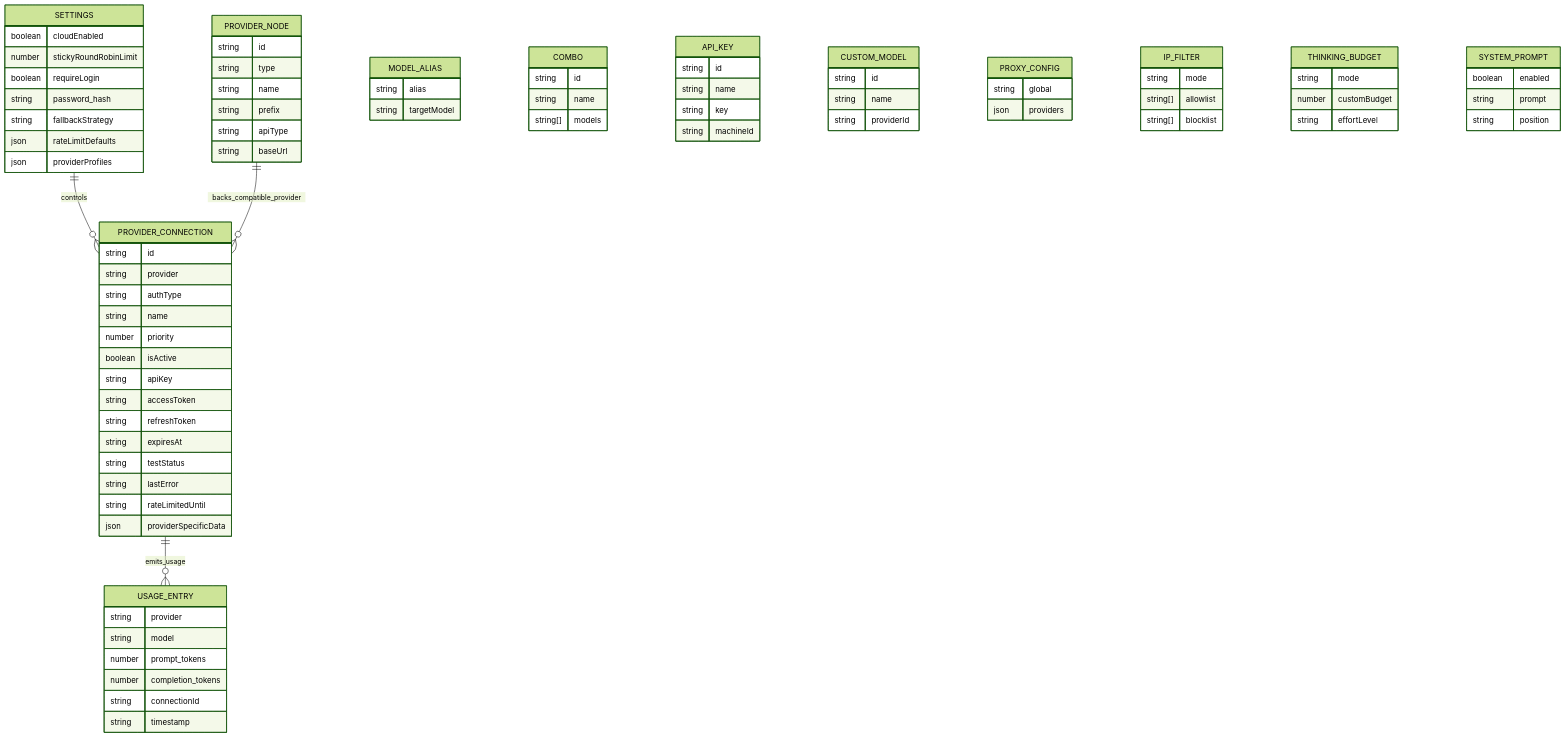
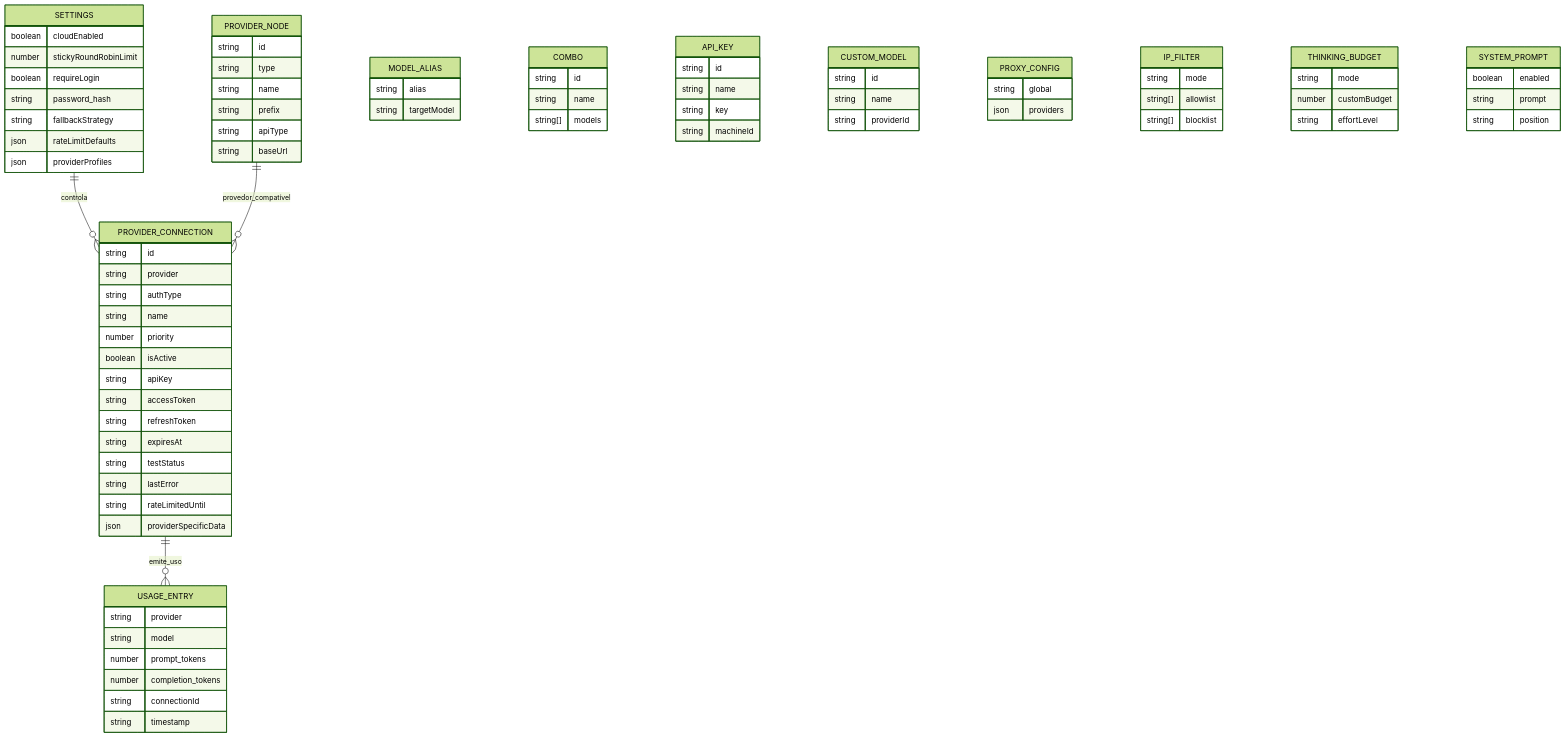
One commit to niyatna/NiyatnaRoute changed the sixth of 7 diagrams in docs/i18n/pt-BR/docs/architecture/ARCHITECTURE.md. Above: the diagram before and after it, drawn with Mermaid (forest theme). The commit also changed other lines of this file and 2447 other files, not shown here.

````diff
--- a/docs/i18n/pt-BR/docs/architecture/ARCHITECTURE.md
+++ b/docs/i18n/pt-BR/docs/architecture/ARCHITECTURE.md
@@ -705,8 +680,8 @@
 ```mermaid
 erDiagram
-    SETTINGS ||--o{ PROVIDER_CONNECTION : controls
-    PROVIDER_NODE ||--o{ PROVIDER_CONNECTION : backs_compatible_provider
-    PROVIDER_CONNECTION ||--o{ USAGE_ENTRY : emits_usage
+    SETTINGS ||--o{ PROVIDER_CONNECTION : controla
+    PROVIDER_NODE ||--o{ PROVIDER_CONNECTION : provedor_compatível
+    PROVIDER_CONNECTION ||--o{ USAGE_ENTRY : emite_uso
 
     SETTINGS {
       boolean cloudEnabled
````
